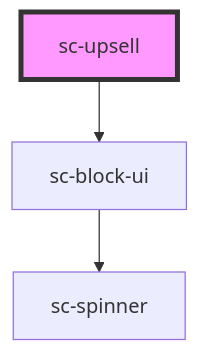
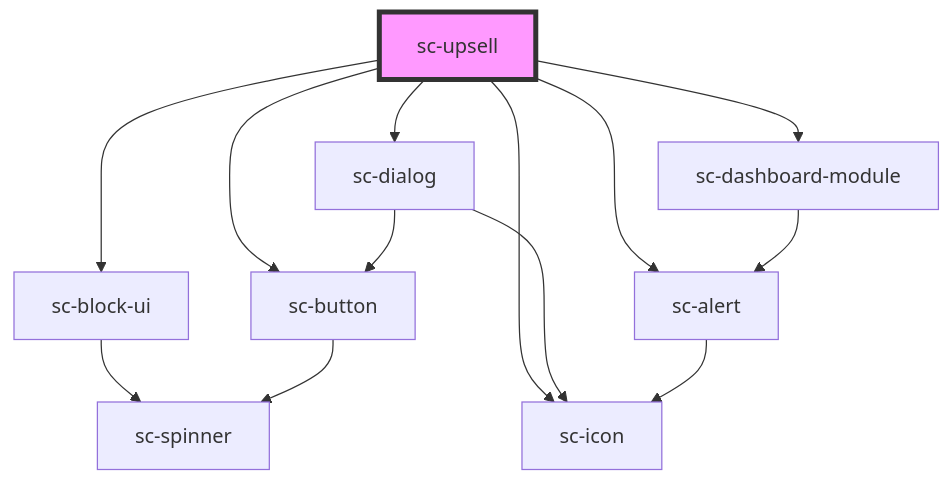
One commit to surecart/surecart-wp-plugin changed the diagram in packages/components/src/components/controllers/upsell/sc-upsell/readme.md. Above: the diagram before and after it, drawn with Mermaid. The commit also changed other lines of this file and 11 other files, not shown here.

````diff
--- a/packages/components/src/components/controllers/upsell/sc-upsell/readme.md
+++ b/packages/components/src/components/controllers/upsell/sc-upsell/readme.md
@@ -15,6 +20,16 @@
 ```mermaid
 graph TD;
   sc-upsell --> sc-block-ui
+  sc-upsell --> sc-dialog
+  sc-upsell --> sc-icon
+  sc-upsell --> sc-dashboard-module
+  sc-upsell --> sc-alert
+  sc-upsell --> sc-button
   sc-block-ui --> sc-spinner
+  sc-dialog --> sc-button
+  sc-dialog --> sc-icon
+  sc-button --> sc-spinner
+  sc-dashboard-module --> sc-alert
+  sc-alert --> sc-icon
   style sc-upsell fill:#f9f,stroke:#333,stroke-width:4px
 ```
````
